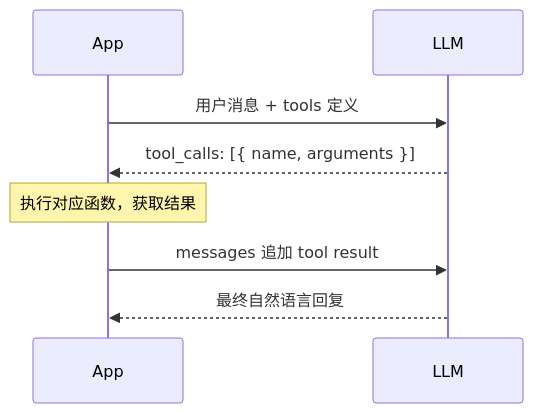
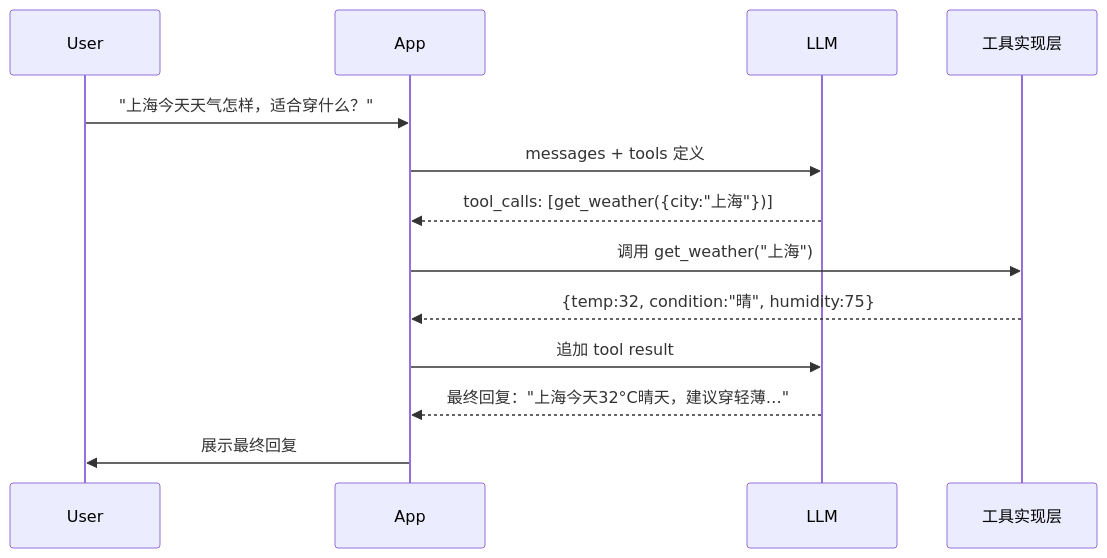
Before and after one commit to AmbitionC/front-end-journey-resource: the second of 2 diagrams in knowledge/llm/dev/function-calling.md, drawn with Mermaid. The commit also changed other lines of this file and 14 other files, not shown here.

````diff
--- a/knowledge/llm/dev/function-calling.md
+++ b/knowledge/llm/dev/function-calling.md
@@ -11,11 +32,16 @@
 ```mermaid
 sequenceDiagram
+    participant User
     participant App
     participant LLM
+    participant ToolImpl as 工具实现层
 
-    App->>LLM: 用户消息 + tools 定义
-    LLM-->>App: tool_calls: [{ name, arguments }]
-    Note over App: 执行对应函数，获取结果
-    App->>LLM: messages 追加 tool result
-    LLM-->>App: 最终自然语言回复
+    User->>App: "上海今天天气怎样，适合穿什么？"
+    App->>LLM: messages + tools 定义
+    LLM-->>App: tool_calls: [get_weather({city:"上海"})]
+    App->>ToolImpl: 调用 get_weather("上海")
+    ToolImpl-->>App: {temp:32, condition:"晴", humidity:75}
+    App->>LLM: 追加 tool result
+    LLM-->>App: 最终回复："上海今天32°C晴天，建议穿轻薄…"
+    App->>User: 展示最终回复
 ```
````
